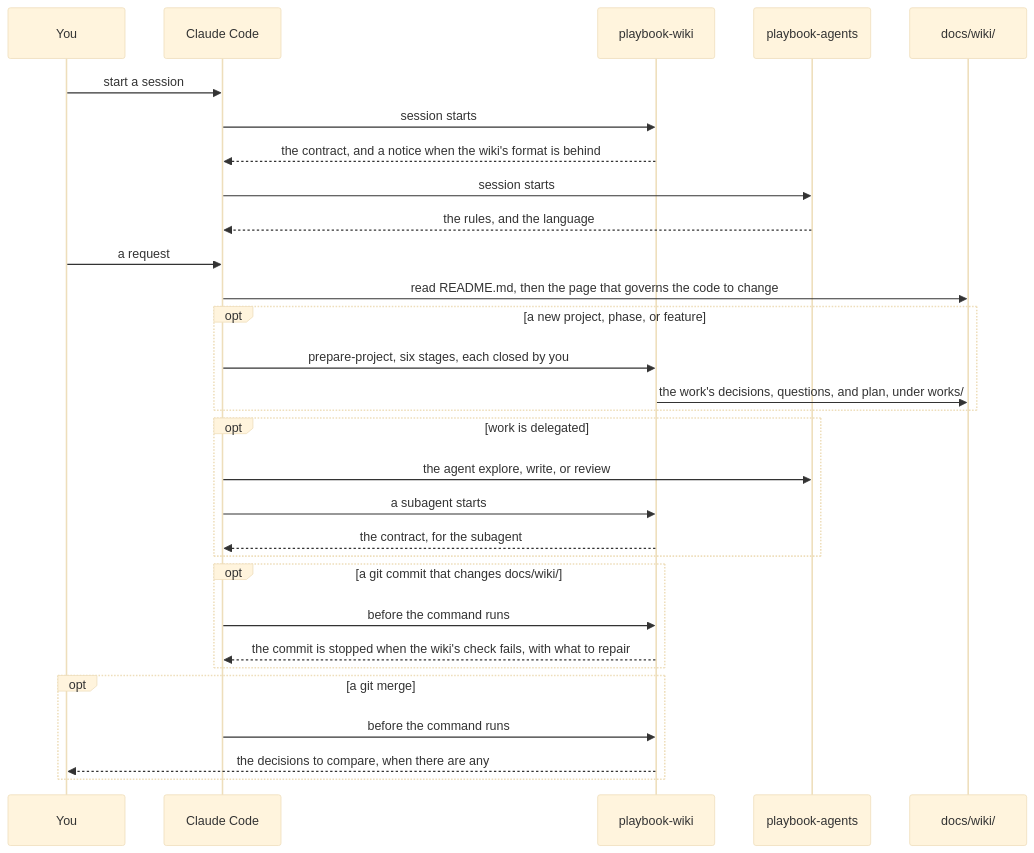
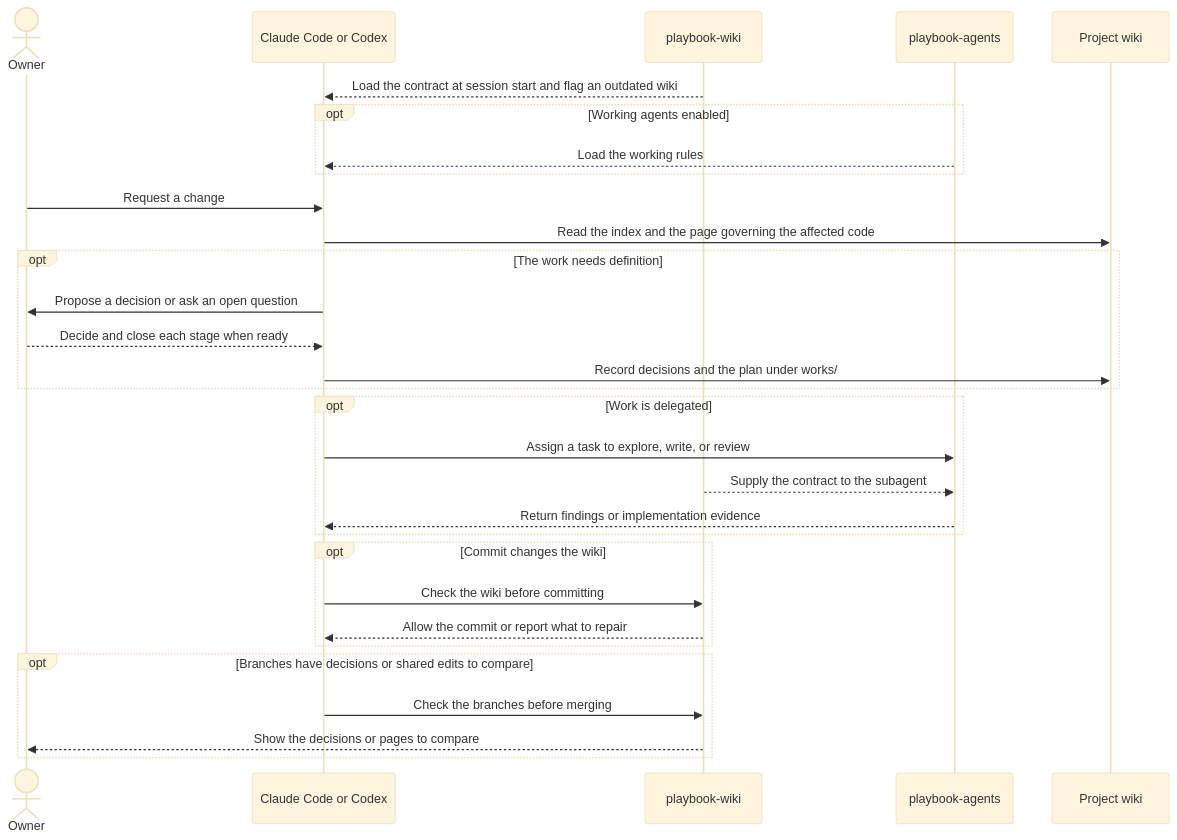
Before and after one commit to andresfrei/playbook: the second of 2 diagrams in README.md, drawn with Mermaid (base theme). The commit also changed other lines of this file and 31 other files, not shown here.

Commit message:
feat: bring Playbook to Codex CLI

````diff
--- a/README.md
+++ b/README.md
@@ -36,32 +62,32 @@
 ```mermaid
 sequenceDiagram
-  participant You
-  participant CC as Claude Code
-  participant W as playbook-wiki
-  participant A as playbook-agents
-  participant Wiki as docs/wiki/
-  You->>CC: start a session
-  CC->>W: session starts
-  W-->>CC: the contract, and a notice when the wiki's format is behind
-  CC->>A: session starts
-  A-->>CC: the rules, and the language
-  You->>CC: a request
-  CC->>Wiki: read README.md, then the page that governs the code to change
-  opt a new project, phase, or feature
-    CC->>W: prepare-project, six stages, each closed by you
-    W->>Wiki: the work's decisions, questions, and plan, under works/
-  end
-  opt work is delegated
-    CC->>A: the agent explore, write, or review
-    CC->>W: a subagent starts
-    W-->>CC: the contract, for the subagent
-  end
-  opt a git commit that changes docs/wiki/
-    CC->>W: before the command runs
-    W-->>CC: the commit is stopped when the wiki's check fails, with what to repair
-  end
-  opt a git merge
-    CC->>W: before the command runs
-    W-->>You: the decisions to compare, when there are any
-  end
+    actor Owner
+    participant Agent as Claude Code or Codex
+    participant W as playbook-wiki
+    participant A as playbook-agents
+    participant Repo as Project wiki
+    W-->>Agent: Load the contract at session start and flag an outdated wiki
+    opt Working agents enabled
+        A-->>Agent: Load the working rules
+    end
+    Owner->>Agent: Request a change
+    Agent->>Repo: Read the index and the page governing the affected code
+    opt The work needs definition
+        Agent->>Owner: Propose a decision or ask an open question
+        Owner-->>Agent: Decide and close each stage when ready
+        Agent->>Repo: Record decisions and the plan under works/
+    end
+    opt Work is delegated
+        Agent->>A: Assign a task to explore, write, or review
+        W-->>A: Supply the contract to the subagent
+        A-->>Agent: Return findings or implementation evidence
+    end
+    opt Commit changes the wiki
+        Agent->>W: Check the wiki before committing
+        W-->>Agent: Allow the commit or report what to repair
+    end
+    opt Branches have decisions or shared edits to compare
+        Agent->>W: Check the branches before merging
+        W-->>Owner: Show the decisions or pages to compare
+    end
 ```
````
